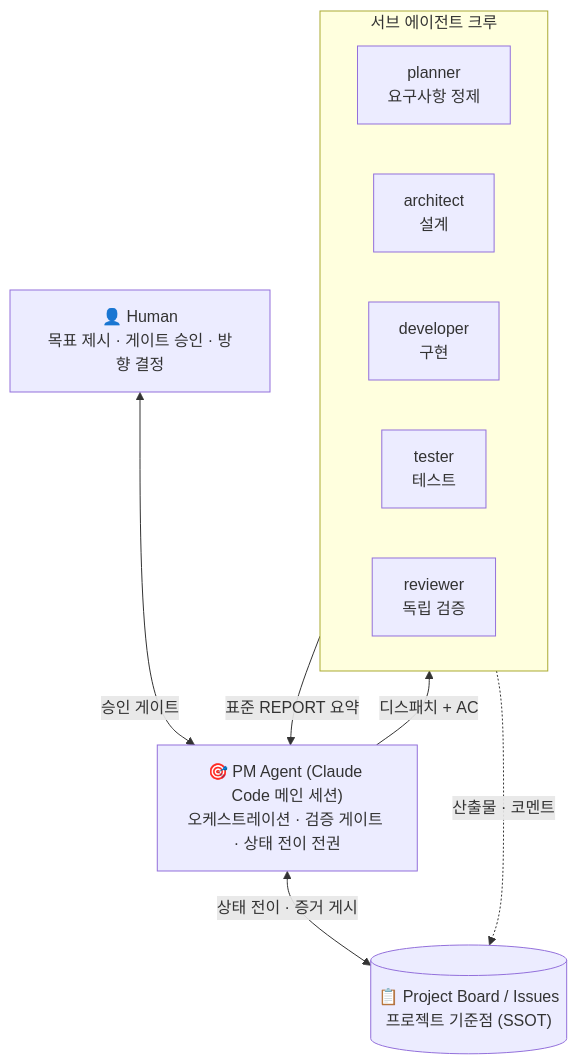
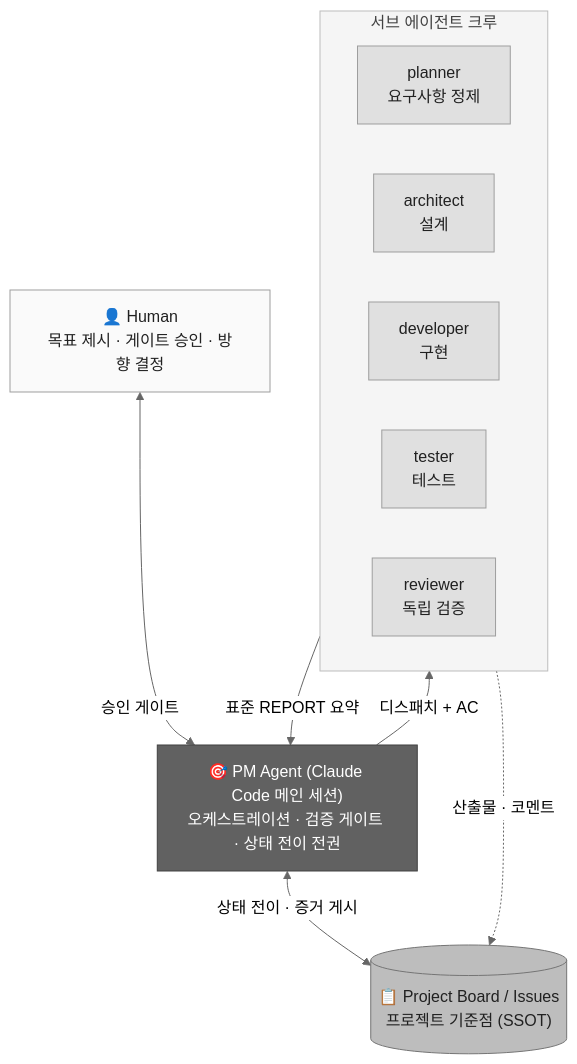
Before and after one commit to julio-kim/crewboard: the diagram in README.md, drawn with Mermaid.

Commit message:
docs: 아키텍처 다이어그램에 그레이 스타일 적용

````diff
--- a/README.md
+++ b/README.md
@@ -35,19 +35,30 @@
 ```mermaid
+%%{init: {'theme': 'neutral'}}%%
 flowchart TB
     H["👤 Human<br/>목표 제시 · 게이트 승인 · 방향 결정"]
     PM["🎯 PM Agent (Claude Code 메인 세션)<br/>오케스트레이션 · 검증 게이트 · 상태 전이 전권"]
     subgraph CREW["서브 에이전트 크루"]
         P[planner<br/>요구사항 정제]
         A[architect<br/>설계]
         D[developer<br/>구현]
         T[tester<br/>테스트]
         R[reviewer<br/>독립 검증]
     end
     B[("📋 Project Board / Issues<br/>프로젝트 기준점 (SSOT)")]
 
     H <-->|승인 게이트| PM
     PM -->|디스패치 + AC| CREW
     CREW -->|표준 REPORT 요약| PM
     PM <-->|상태 전이 · 증거 게시| B
     CREW -.->|산출물 · 코멘트| B
+
+    classDef human fill:#fafafa,stroke:#9e9e9e,color:#212121
+    classDef pm fill:#616161,stroke:#424242,color:#ffffff
+    classDef crew fill:#e0e0e0,stroke:#9e9e9e,color:#212121
+    classDef board fill:#bdbdbd,stroke:#757575,color:#212121
+    class H human
+    class PM pm
+    class P,A,D,T,R crew
+    class B board
+    style CREW fill:#f5f5f5,stroke:#bdbdbd,color:#424242
 ```
````
